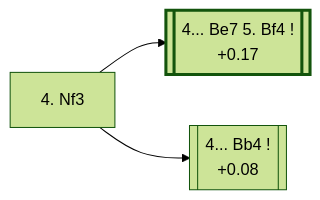
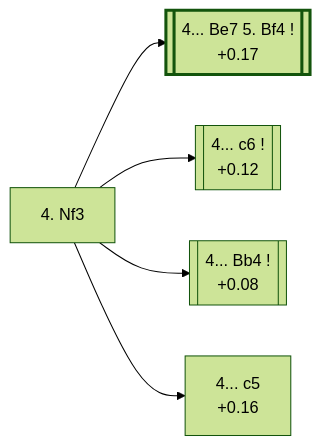
One commit to onclemarcel/chess_flashcards changed the diagram in d4_openings/D37_Queens_Gambit_Declined_Three_Knights_Variation.md. Above: the diagram before and after it, drawn with Mermaid (forest theme). The commit also changed other lines of this file and 13 other files, not shown here.

````diff
--- a/d4_openings/D37_Queens_Gambit_Declined_Three_Knights_Variation.md
+++ b/d4_openings/D37_Queens_Gambit_Declined_Three_Knights_Variation.md
@@ -12,12 +12,16 @@
 ```mermaid
 flowchart LR
     classDef main stroke-width:3px;
 
     Nf3["4. Nf3"]
     click Nf3 "#_initial_move_" "D37 · Queen's Gambit Declined: Three Knights Variation"
 
     Nf3 --> Be7v[["4... Be7 5. Bf4 !<br/>+0.17"]]:::main
     click Be7v "#_Classical_" "D37 · Queen's Gambit Declined: Classical Variation (5.Bf4)"
+    Nf3 --> c6v[["4... c6 !<br/>+0.12"]]
+    click c6v "https://github.com/onclemarcel/chess_flashcards/blob/main/d4_openings/D43_Semi_Slav_Defense.md" "D43 · Queen's Gambit Declined: Semi-Slav"
     Nf3 --> Bb4v[["4... Bb4 !<br/>+0.08"]]
     click Bb4v "https://github.com/onclemarcel/chess_flashcards/blob/main/d4_openings/D38_Queens_Gambit_Declined_Ragozin_Defense.md" "D38 · Queen's Gambit Declined: Ragozin Defense"
+    Nf3 --> c5v["4... c5<br/>+0.16"]
+    click c5v "https://github.com/onclemarcel/chess_flashcards/blob/main/d4_openings/D40_Semi_Tarrasch_Defense.md" "D40 · Queen's Gambit Declined: Semi-Tarrasch Defense"
 ```
````
